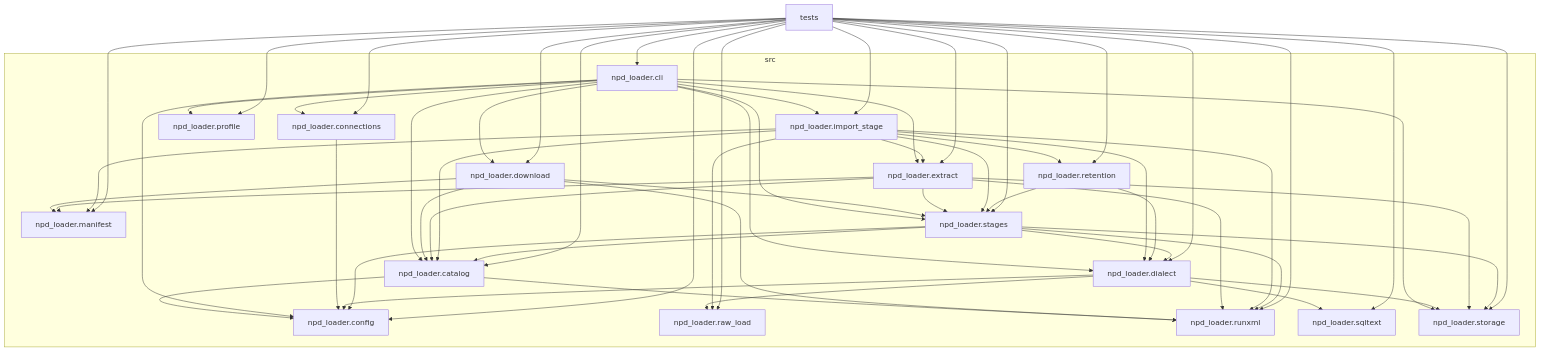
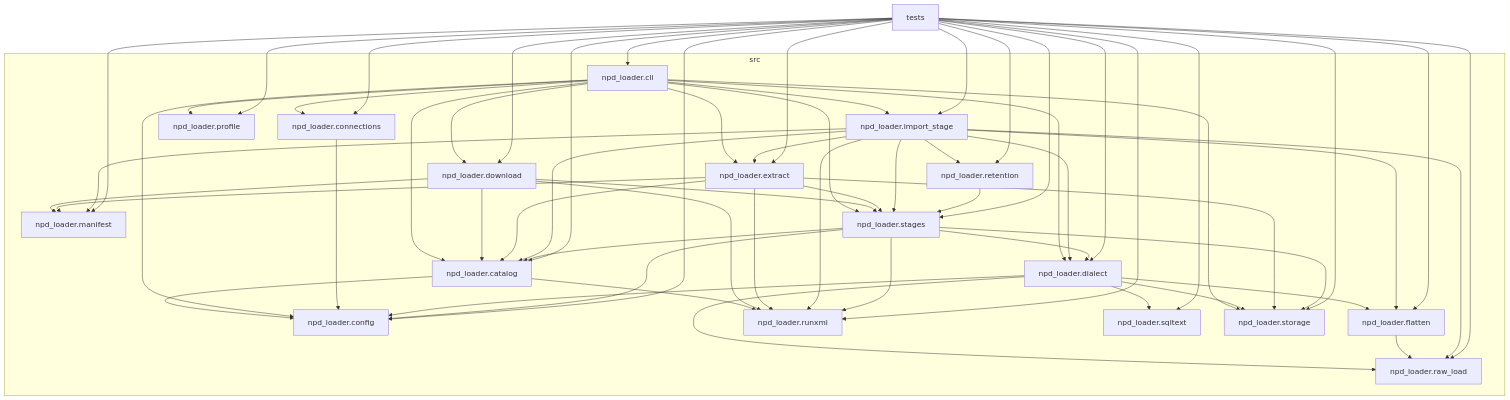
Before and after one commit to SqlDataSpire/npd_importer: the diagram in architecture-docs/nppes_npd_env/dependency-graph.mmd, drawn with Mermaid. The commit also changed 12 other files, not shown here.

Commit message:
docs: refresh architecture docs for Phase 2 (flatten, bcp staging, delta apply; Postgres and publish flow removed)

```diff
--- a/architecture-docs/nppes_npd_env/dependency-graph.mmd
+++ b/architecture-docs/nppes_npd_env/dependency-graph.mmd
@@ -1,77 +1,81 @@
 graph TD
     tests["tests"]
     subgraph group_src["src"]
         npd_loader_catalog["npd_loader.catalog"]
         npd_loader_cli["npd_loader.cli"]
         npd_loader_config["npd_loader.config"]
         npd_loader_connections["npd_loader.connections"]
         npd_loader_dialect["npd_loader.dialect"]
         npd_loader_download["npd_loader.download"]
         npd_loader_extract["npd_loader.extract"]
+        npd_loader_flatten["npd_loader.flatten"]
         npd_loader_import_stage["npd_loader.import_stage"]
         npd_loader_manifest["npd_loader.manifest"]
         npd_loader_profile["npd_loader.profile"]
         npd_loader_raw_load["npd_loader.raw_load"]
         npd_loader_retention["npd_loader.retention"]
         npd_loader_runxml["npd_loader.runxml"]
         npd_loader_sqltext["npd_loader.sqltext"]
         npd_loader_stages["npd_loader.stages"]
         npd_loader_storage["npd_loader.storage"]
     end
     npd_loader_catalog --> npd_loader_config
     npd_loader_catalog --> npd_loader_runxml
     npd_loader_cli --> npd_loader_catalog
     npd_loader_cli --> npd_loader_config
     npd_loader_cli --> npd_loader_connections
     npd_loader_cli --> npd_loader_dialect
     npd_loader_cli --> npd_loader_download
     npd_loader_cli --> npd_loader_extract
     npd_loader_cli --> npd_loader_import_stage
     npd_loader_cli --> npd_loader_profile
     npd_loader_cli --> npd_loader_stages
     npd_loader_cli --> npd_loader_storage
     npd_loader_connections --> npd_loader_config
     npd_loader_dialect --> npd_loader_config
+    npd_loader_dialect --> npd_loader_flatten
     npd_loader_dialect --> npd_loader_raw_load
     npd_loader_dialect --> npd_loader_sqltext
     npd_loader_dialect --> npd_loader_storage
     npd_loader_download --> npd_loader_catalog
     npd_loader_download --> npd_loader_manifest
     npd_loader_download --> npd_loader_runxml
     npd_loader_download --> npd_loader_stages
     npd_loader_extract --> npd_loader_catalog
     npd_loader_extract --> npd_loader_manifest
     npd_loader_extract --> npd_loader_runxml
     npd_loader_extract --> npd_loader_stages
     npd_loader_extract --> npd_loader_storage
+    npd_loader_flatten --> npd_loader_raw_load
     npd_loader_import_stage --> npd_loader_catalog
     npd_loader_import_stage --> npd_loader_dialect
     npd_loader_import_stage --> npd_loader_extract
+    npd_loader_import_stage --> npd_loader_flatten
     npd_loader_import_stage --> npd_loader_manifest
     npd_loader_import_stage --> npd_loader_raw_load
     npd_loader_import_stage --> npd_loader_retention
     npd_loader_import_stage --> npd_loader_runxml
     npd_loader_import_stage --> npd_loader_stages
-    npd_loader_retention --> npd_loader_dialect
     npd_loader_retention --> npd_loader_stages
     npd_loader_stages --> npd_loader_catalog
     npd_loader_stages --> npd_loader_config
     npd_loader_stages --> npd_loader_dialect
     npd_loader_stages --> npd_loader_runxml
     npd_loader_stages --> npd_loader_storage
     tests --> npd_loader_catalog
     tests --> npd_loader_cli
     tests --> npd_loader_config
     tests --> npd_loader_connections
     tests --> npd_loader_dialect
     tests --> npd_loader_download
     tests --> npd_loader_extract
+    tests --> npd_loader_flatten
     tests --> npd_loader_import_stage
     tests --> npd_loader_manifest
     tests --> npd_loader_profile
     tests --> npd_loader_raw_load
     tests --> npd_loader_retention
     tests --> npd_loader_runxml
     tests --> npd_loader_sqltext
     tests --> npd_loader_stages
     tests --> npd_loader_storage
```
